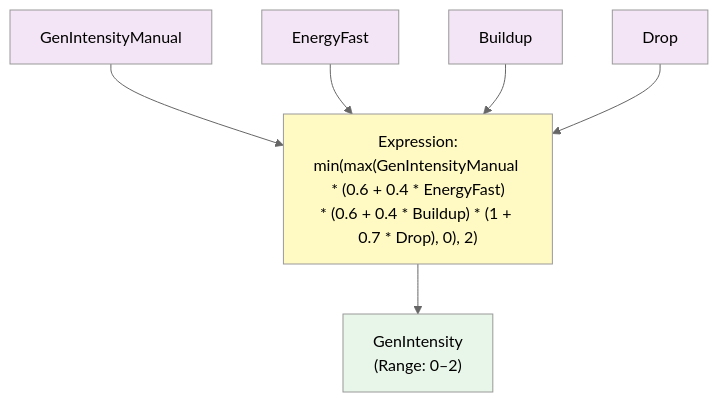
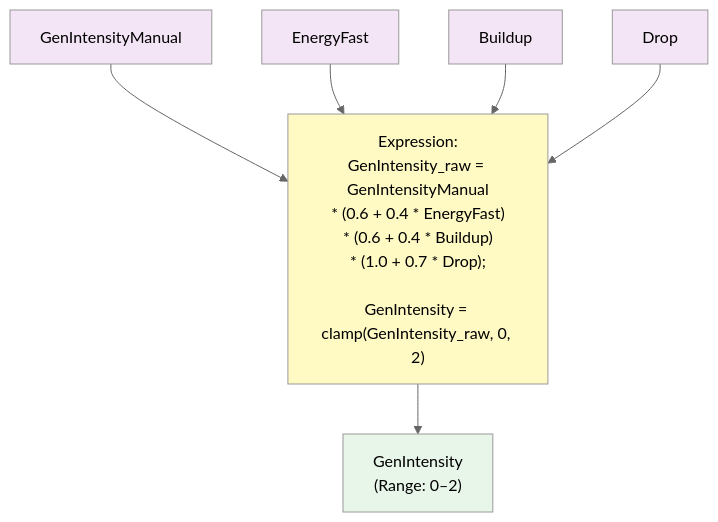
Before and after one commit to abossard/synesthesia-visuals: diagram 13 of 17 in docs/mmv-master-pipeline-guide.md, drawn with Mermaid (neutral theme). The commit also changed other lines of this file, not shown here.

````diff
--- a/docs/mmv-master-pipeline-guide.md
+++ b/docs/mmv-master-pipeline-guide.md
@@ -687,16 +694,16 @@
 ```mermaid
 flowchart TD
-    GEN_MAN["GenIntensityManual"] --> EXPR_INT["Expression:<br/>min(max(GenIntensityManual * (0.6 + 0.4 * EnergyFast)<br/>* (0.6 + 0.4 * Buildup) * (1 + 0.7 * Drop), 0), 2)"]
-    ENERGY_FAST_IN2["EnergyFast"] --> EXPR_INT
-    BUILDUP_IN2["Buildup"] --> EXPR_INT
-    DROP_IN2["Drop"] --> EXPR_INT
+    GENMAN["GenIntensityManual"] --> EXPR_GI["Expression:<br/>GenIntensity_raw = GenIntensityManual<br/>* (0.6 + 0.4 * EnergyFast)<br/>* (0.6 + 0.4 * Buildup)<br/>* (1.0 + 0.7 * Drop);<br/><br/>GenIntensity = clamp(GenIntensity_raw, 0, 2)"]
+    ENERGYFAST_GI["EnergyFast"] --> EXPR_GI
+    BUILDUP_GI["Buildup"] --> EXPR_GI
+    DROP_GI["Drop"] --> EXPR_GI
     
-    EXPR_INT --> GEN_INT["GenIntensity<br/>(Range: 0–2)"]
+    EXPR_GI --> GENINTENSITY["GenIntensity<br/>(Range: 0–2)"]
     
-    style GEN_MAN fill:#f3e5f5
-    style ENERGY_FAST_IN2 fill:#f3e5f5
-    style BUILDUP_IN2 fill:#f3e5f5
-    style DROP_IN2 fill:#f3e5f5
-    style EXPR_INT fill:#fff9c4
-    style GEN_INT fill:#e8f5e9
+    style GENMAN fill:#f3e5f5
+    style ENERGYFAST_GI fill:#f3e5f5
+    style BUILDUP_GI fill:#f3e5f5
+    style DROP_GI fill:#f3e5f5
+    style EXPR_GI fill:#fff9c4
+    style GENINTENSITY fill:#e8f5e9
 ```
````
